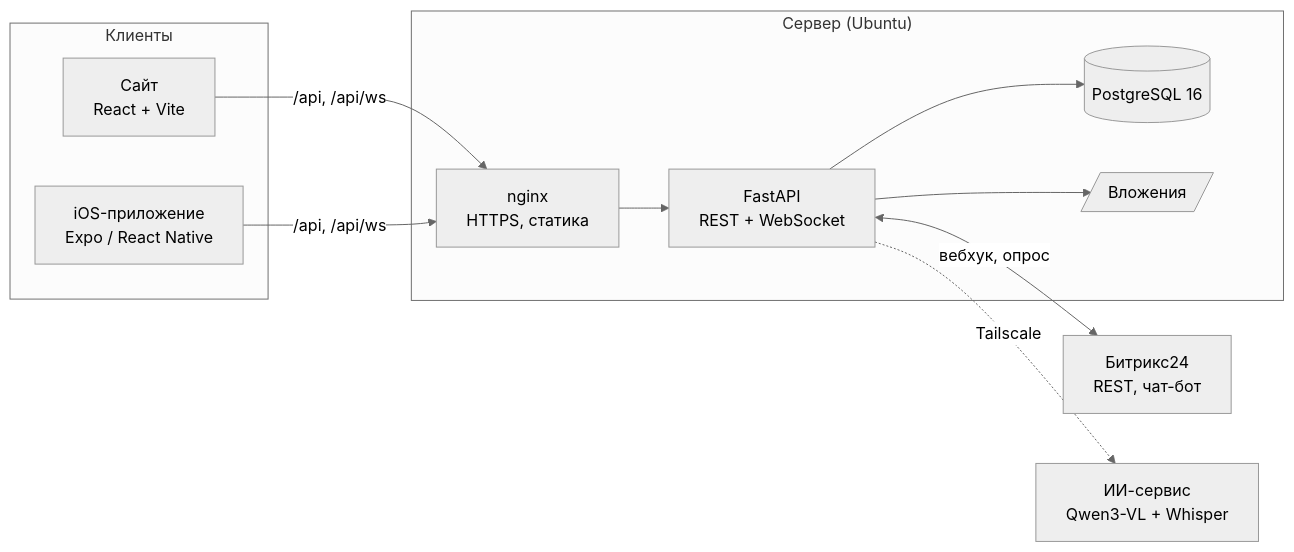
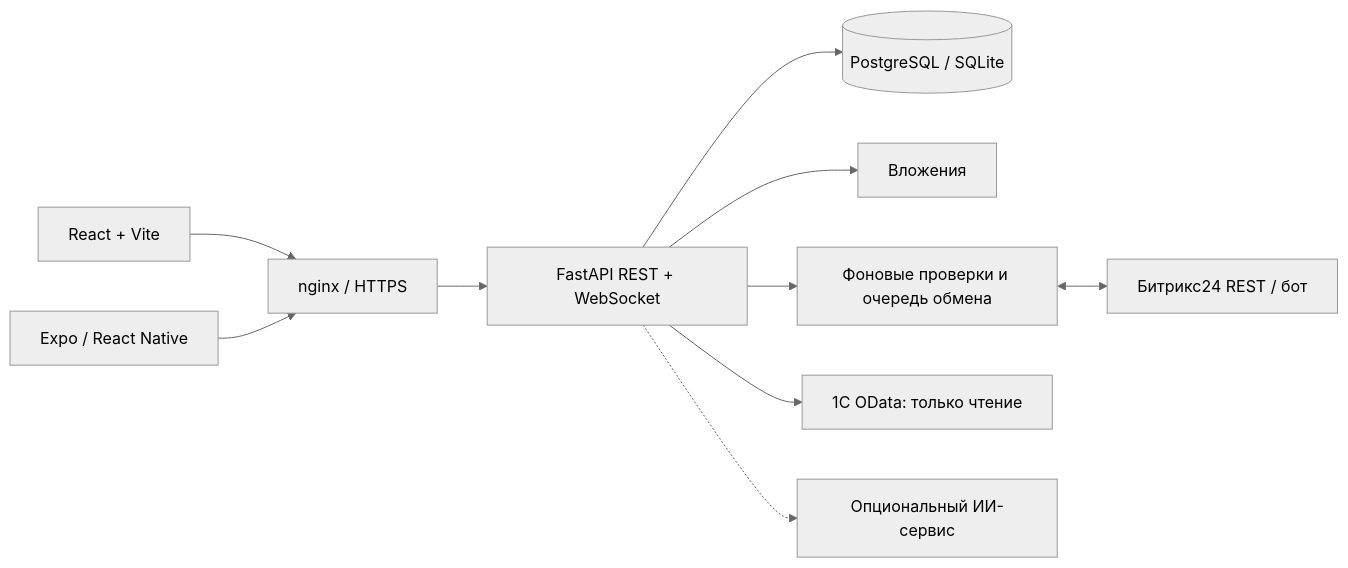
The second of 2 diagrams in README.md (Modus-trade/modus), drawn with Mermaid (neutral theme) before and after one commit. The commit also changed other lines of this file and 22 other files, not shown here.

````diff
--- a/README.md
+++ b/README.md
@@ -91,22 +292,12 @@
 ```mermaid
 flowchart LR
-    subgraph Клиенты
-        W["Сайт<br/>React + Vite"]
-        M["iOS-приложение<br/>Expo / React Native"]
-    end
-    subgraph Сервер["Сервер (Ubuntu)"]
-        N["nginx<br/>HTTPS, статика"]
-        B["FastAPI<br/>REST + WebSocket"]
-        D[("PostgreSQL 16")]
-        F[/"Вложения"/]
-    end
-    X["Битрикс24<br/>REST, чат-бот"]
-    AI["ИИ-сервис<br/>Qwen3-VL + Whisper"]
-    W -- "/api, /api/ws" --> N
-    M -- "/api, /api/ws" --> N
-    N --> B
-    B --> D
-    B --> F
-    B <-- "вебхук, опрос" --> X
-    B -. "Tailscale" .-> AI
+    W[React + Vite] --> N[nginx / HTTPS]
+    M[Expo / React Native] --> N
+    N --> API[FastAPI REST + WebSocket]
+    API --> DB[(PostgreSQL / SQLite)]
+    API --> FILES[Вложения]
+    API --> JOBS[Фоновые проверки и очередь обмена]
+    JOBS <--> B24[Битрикс24 REST / бот]
+    API --> ODATA[1С OData: только чтение]
+    API -.-> AI[Опциональный ИИ-сервис]
 ```
````
